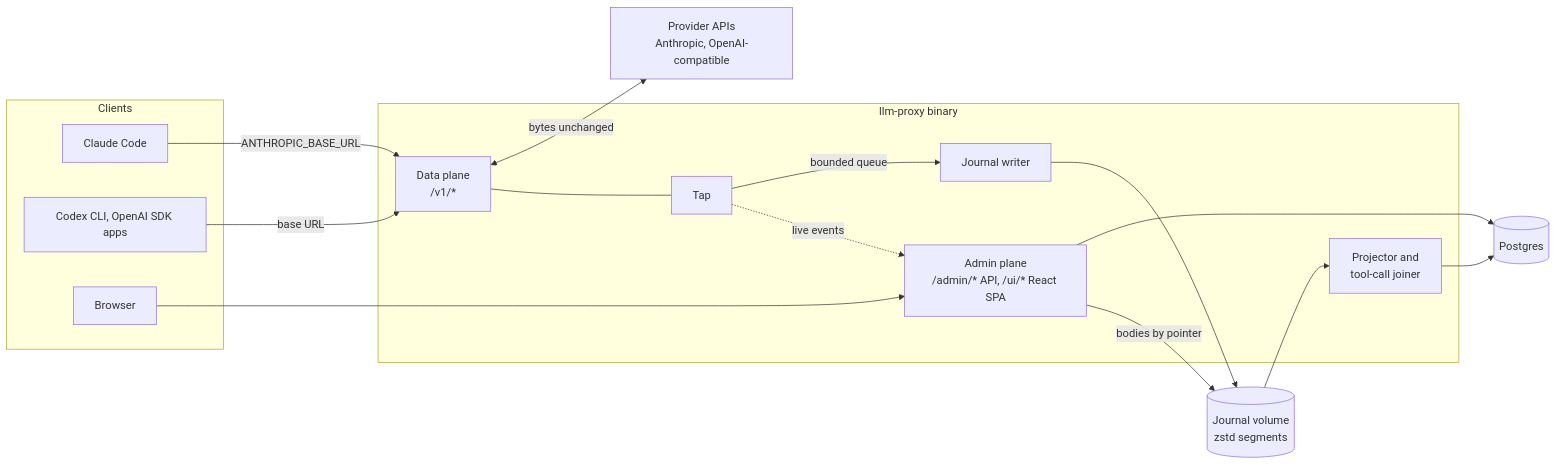
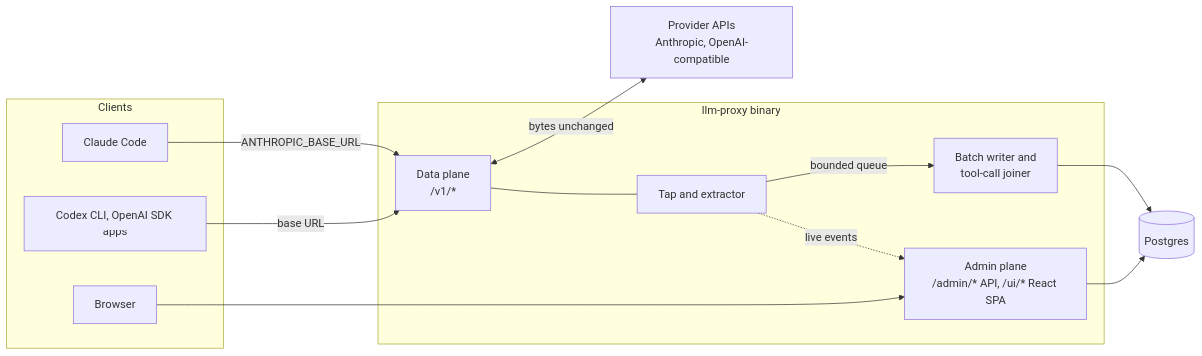
Before and after one commit to mtanzi/llm-proxy: the diagram in docs/architecture/README.md, drawn with Mermaid. The commit also changed other lines of this file and 5 other files, not shown here.

````diff
--- a/docs/architecture/README.md
+++ b/docs/architecture/README.md
@@ -21,29 +21,25 @@
 ```mermaid
 flowchart LR
     subgraph clients[Clients]
         cc[Claude Code]
         oa[Codex CLI, OpenAI SDK apps]
         br[Browser]
     end
     subgraph bin[llm-proxy binary]
         dp[Data plane<br/>/v1/*]
-        tap[Tap]
-        jw[Journal writer]
-        pj[Projector and<br/>tool-call joiner]
+        tap[Tap and extractor]
+        bw[Batch writer and<br/>tool-call joiner]
         adm[Admin plane<br/>/admin/* API, /ui/* React SPA]
     end
     up[Provider APIs<br/>Anthropic, OpenAI-compatible]
-    jv[(Journal volume<br/>zstd segments)]
     pg[(Postgres)]
 
     cc -->|ANTHROPIC_BASE_URL| dp
     oa -->|base URL| dp
     dp <-->|bytes unchanged| up
     dp --- tap
-    tap -->|bounded queue| jw --> jv
-    jv --> pj --> pg
+    tap -->|bounded queue| bw --> pg
     br --> adm
     adm --> pg
-    adm -->|bodies by pointer| jv
     tap -.->|live events| adm
 ```
````
